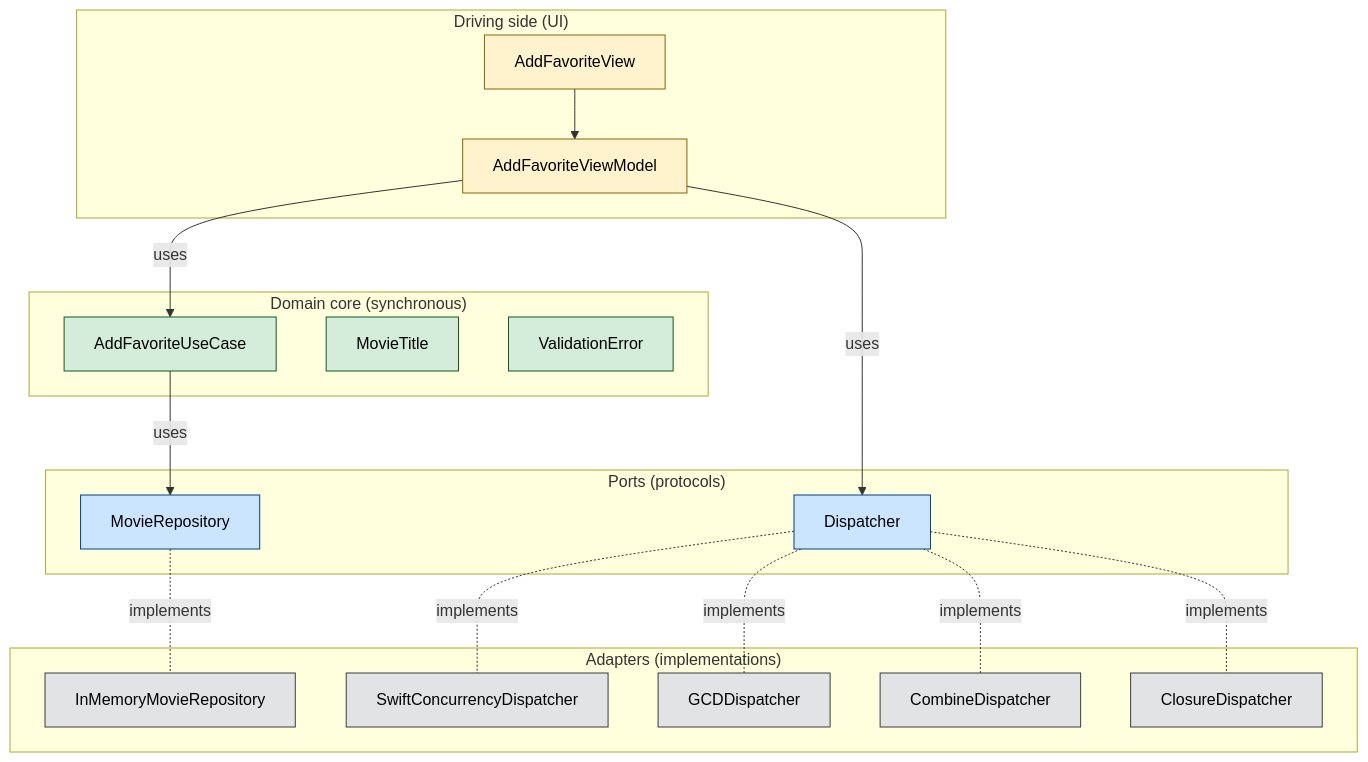
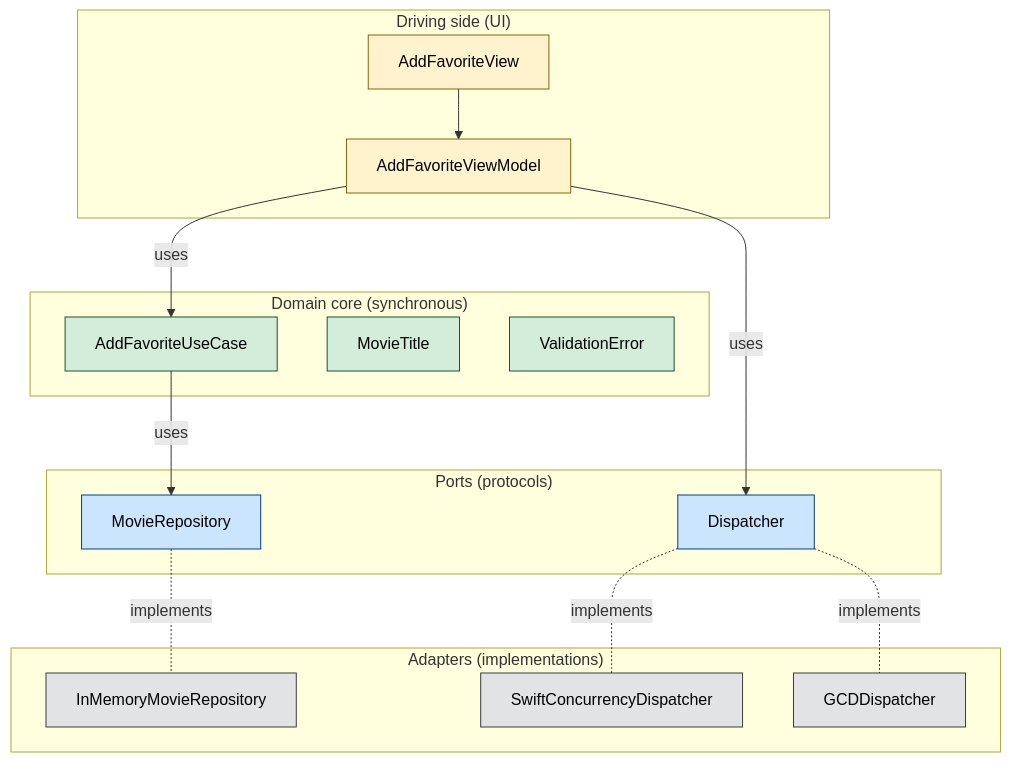
One commit to oliver-perez/AsyncLeakDemo changed the fourth of 4 diagrams in README.md. Above: the diagram before and after it, drawn with Mermaid. The commit also changed other lines of this file and 2 other files, not shown here.

First line of the commit message:
Remove CombineDispatcher and ClosureDispatcher; update README

````diff
--- a/README.md
+++ b/README.md
@@ -98,45 +98,41 @@
 ```mermaid
 flowchart TB
     subgraph Hex ["Domain core (synchronous)"]
         UC[AddFavoriteUseCase]
         MT[MovieTitle]
         VE[ValidationError]
     end
 
     subgraph Ports ["Ports (protocols)"]
         MR[MovieRepository]
         DP[Dispatcher]
     end
 
     subgraph Adapters ["Adapters (implementations)"]
         IMR[InMemoryMovieRepository]
         SCD[SwiftConcurrencyDispatcher]
         GCD[GCDDispatcher]
-        CMB[CombineDispatcher]
-        CLS[ClosureDispatcher]
     end
 
     subgraph Driving ["Driving side (UI)"]
         VW[AddFavoriteView]
         VM[AddFavoriteViewModel]
     end
 
     VW --> VM
     VM -->|uses| UC
     VM -->|uses| DP
     UC -->|uses| MR
     MR -.implements.- IMR
     DP -.implements.- SCD
     DP -.implements.- GCD
-    DP -.implements.- CMB
-    DP -.implements.- CLS
 
     classDef core fill:#d4edda,stroke:#155724,color:#000
     classDef port fill:#cce5ff,stroke:#004085,color:#000
     classDef adapter fill:#e2e3e5,stroke:#383d41,color:#000
     classDef ui fill:#fff3cd,stroke:#856404,color:#000
     class UC,MT,VE core
     class MR,DP port
-    class IMR,SCD,GCD,CMB,CLS adapter
+    class IMR,SCD,GCD adapter
     class VW,VM ui
 ```
````
